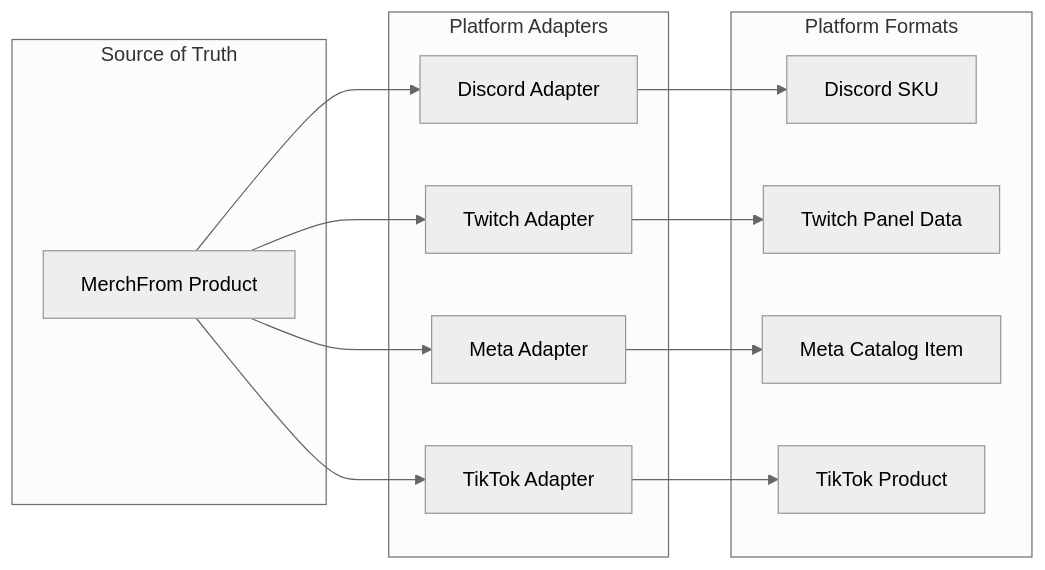
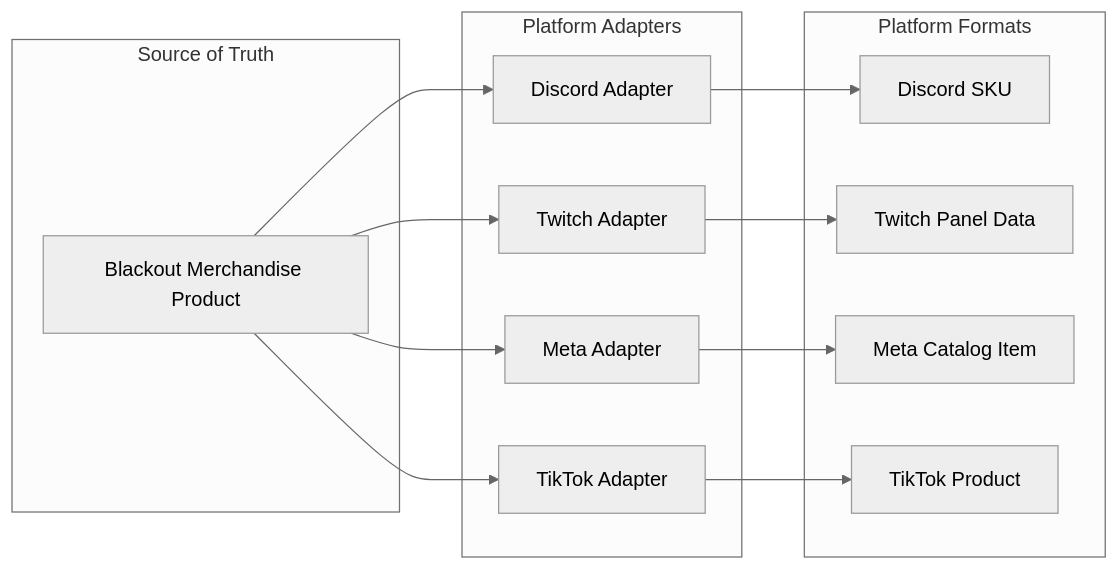
The second of 3 diagrams in Documentation/99-Archive/Evaluations/SOCIAL_COMMERCE_HUB.md (vbendas/Blackout-Merchandise), drawn with Mermaid (neutral theme) before and after one commit. The commit also changed other lines of this file and 352 other files, not shown here.

First line of the commit message:
chore: rename MerchFrom to Blackout Merchandise

````diff
--- a/Documentation/99-Archive/Evaluations/SOCIAL_COMMERCE_HUB.md
+++ b/Documentation/99-Archive/Evaluations/SOCIAL_COMMERCE_HUB.md
@@ -269,25 +269,25 @@
 ```mermaid
 flowchart LR
     subgraph Source["Source of Truth"]
-        MF["MerchFrom Product"]
+        MF["Blackout Merchandise Product"]
     end
     
     subgraph Adapters["Platform Adapters"]
         DIS["Discord Adapter"]
         TWI["Twitch Adapter"]
         MET["Meta Adapter"]
         TIK["TikTok Adapter"]
     end
     
     subgraph Outputs["Platform Formats"]
         D_OUT["Discord SKU"]
         T_OUT["Twitch Panel Data"]
         M_OUT["Meta Catalog Item"]
         TK_OUT["TikTok Product"]
     end
     
     MF --> DIS --> D_OUT
     MF --> TWI --> T_OUT
     MF --> MET --> M_OUT
     MF --> TIK --> TK_OUT
 ```
````
